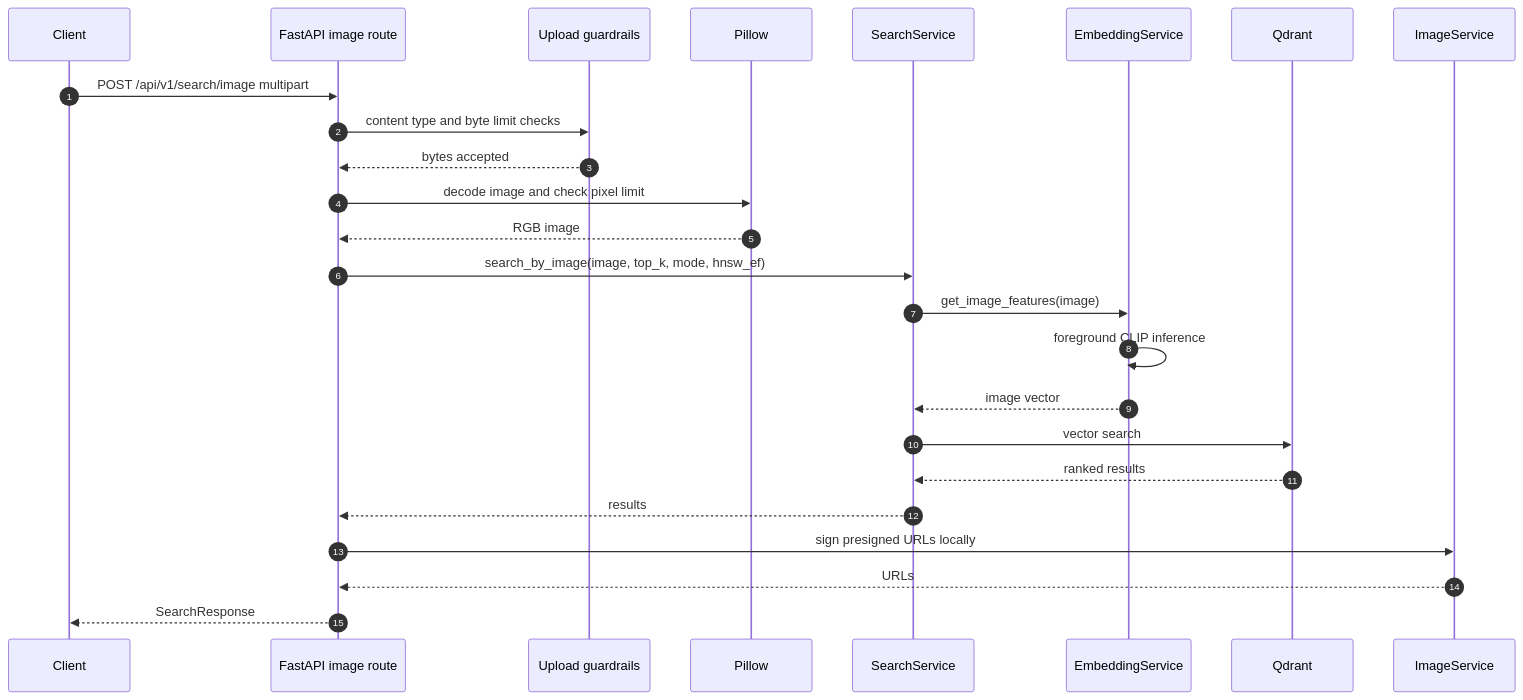
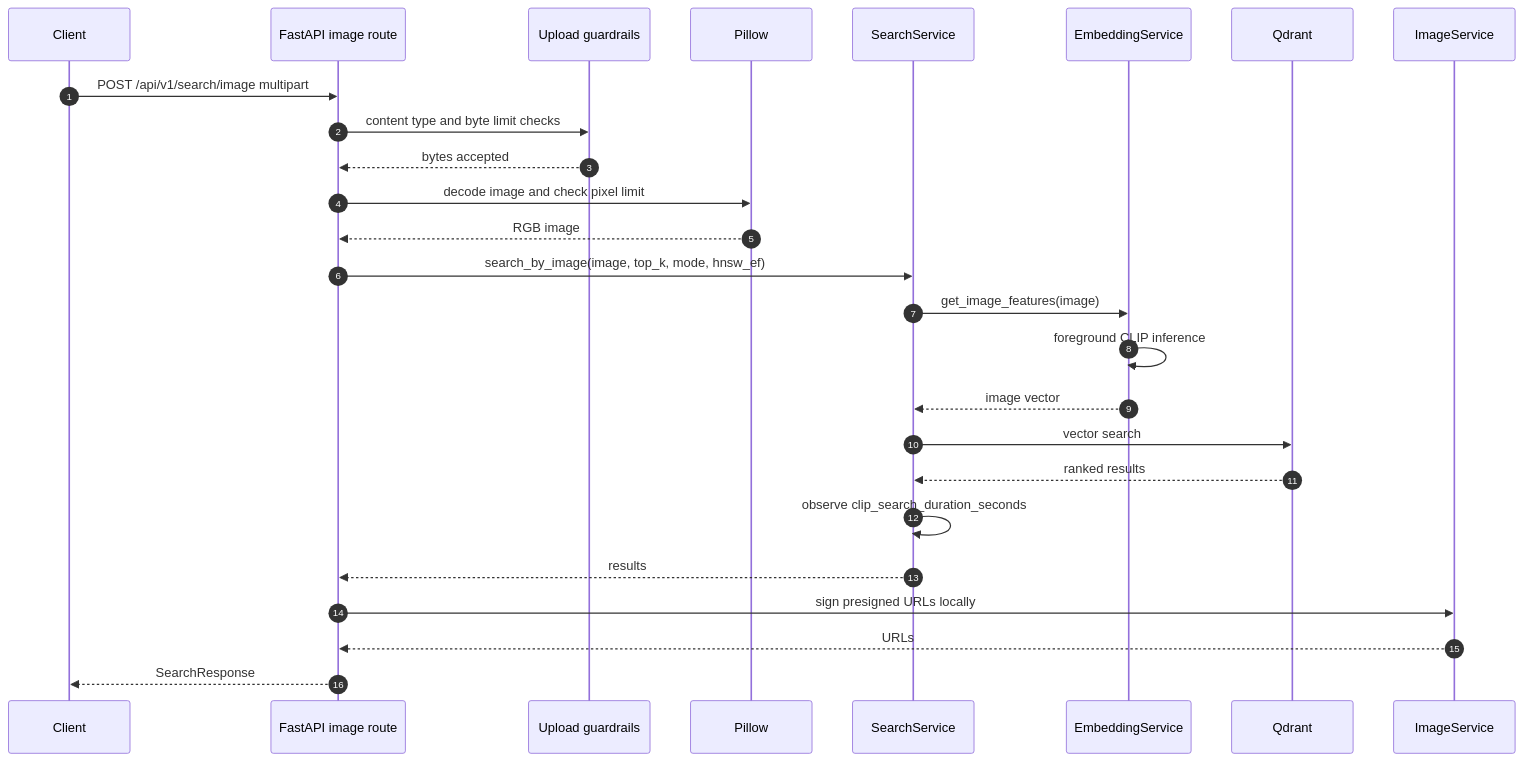
Before and after one commit to awun0105/CLIP-Image-Retrieval-Gradio-App: the fourth of 10 diagrams in docs/EN/data-flow.md, drawn with Mermaid. The commit also changed other lines of this file and 7 other files, not shown here.

````diff
--- a/docs/EN/data-flow.md
+++ b/docs/EN/data-flow.md
@@ -134,28 +140,29 @@
 ```mermaid
 sequenceDiagram
     autonumber
     participant C as Client
     participant API as FastAPI image route
     participant Guard as Upload guardrails
     participant PIL as Pillow
     participant S as SearchService
     participant E as EmbeddingService
     participant V as Qdrant
     participant I as ImageService
 
     C->>API: POST /api/v1/search/image multipart
     API->>Guard: content type and byte limit checks
     Guard-->>API: bytes accepted
     API->>PIL: decode image and check pixel limit
     PIL-->>API: RGB image
     API->>S: search_by_image(image, top_k, mode, hnsw_ef)
     S->>E: get_image_features(image)
     E->>E: foreground CLIP inference
     E-->>S: image vector
     S->>V: vector search
     V-->>S: ranked results
+    S->>S: observe clip_search_duration_seconds
     S-->>API: results
     API->>I: sign presigned URLs locally
     I-->>API: URLs
     API-->>C: SearchResponse
 ```
````
